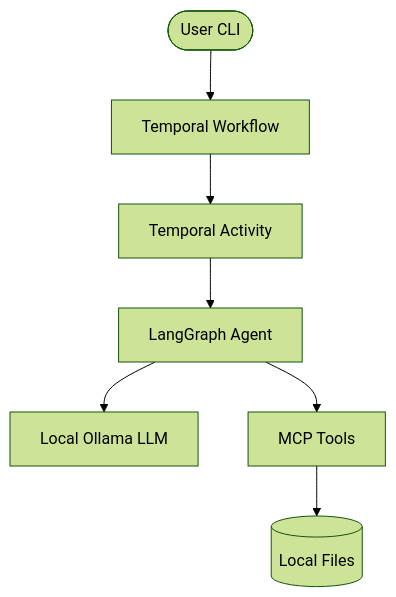
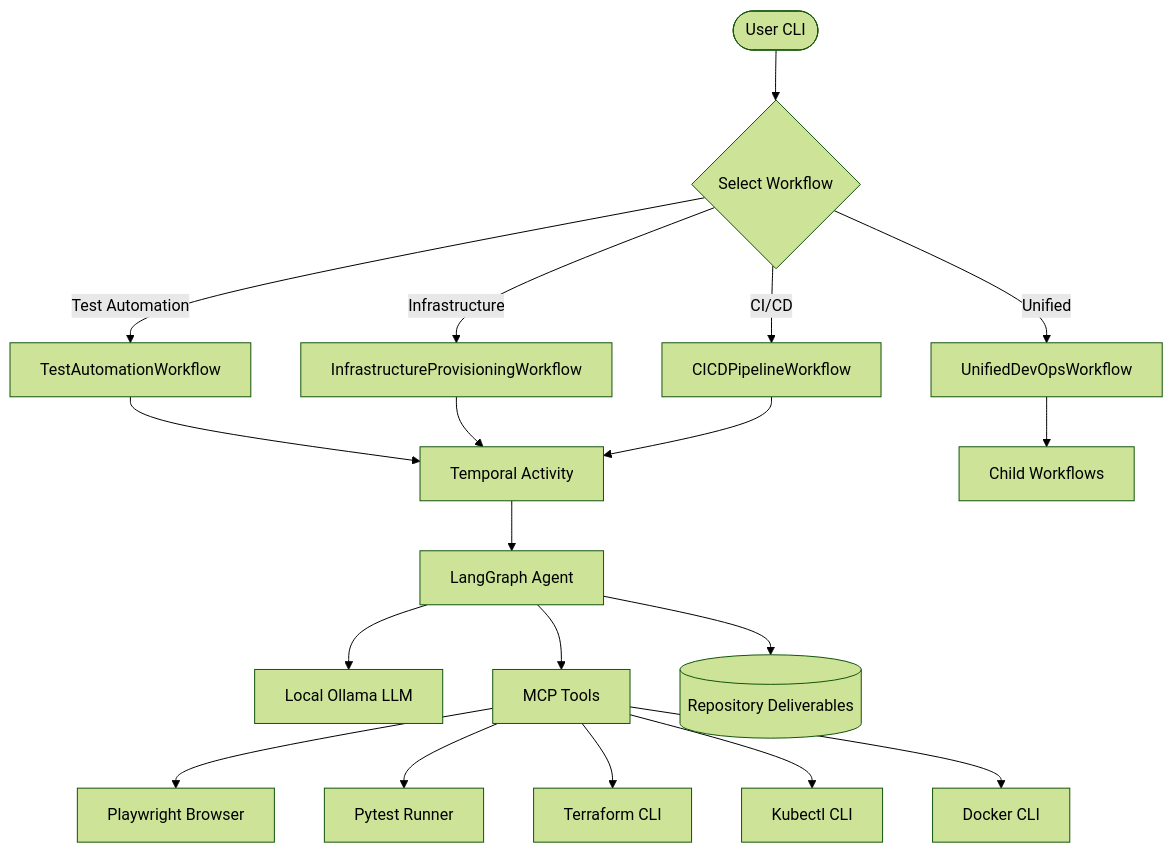
The diagram in ARCHITECTURE.md (revanthkumar96/rogue.ai-secops), drawn with Mermaid (forest theme) before and after one commit. The commit also changed other lines of this file and 58 other files, not shown here.

````diff
--- a/ARCHITECTURE.md
+++ b/ARCHITECTURE.md
@@ -32,9 +276,25 @@
 ```mermaid
 graph TD
-    User([User CLI]) --> Workflow[Temporal Workflow]
-    Workflow --> Activity[Temporal Activity]
+    User([User CLI]) --> WorkflowSelection{Select Workflow}
+    WorkflowSelection -->|Test Automation| TestWorkflow[TestAutomationWorkflow]
+    WorkflowSelection -->|Infrastructure| InfraWorkflow[InfrastructureProvisioningWorkflow]
+    WorkflowSelection -->|CI/CD| CICDWorkflow[CICDPipelineWorkflow]
+    WorkflowSelection -->|Unified| UnifiedWorkflow[UnifiedDevOpsWorkflow]
+
+    TestWorkflow --> Activity[Temporal Activity]
+    InfraWorkflow --> Activity
+    CICDWorkflow --> Activity
+    UnifiedWorkflow --> ChildWorkflow[Child Workflows]
+
     Activity --> Agent[LangGraph Agent]
     Agent --> Ollama[Local Ollama LLM]
-    Agent --> Tools[MCP Tools]
-    Tools --> Filesystem[(Local Files)]
+    Agent --> MCPTools[MCP Tools]
+
+    MCPTools --> Playwright[Playwright Browser]
+    MCPTools --> Pytest[Pytest Runner]
+    MCPTools --> Terraform[Terraform CLI]
+    MCPTools --> Kubectl[Kubectl CLI]
+    MCPTools --> Docker[Docker CLI]
+
+    Agent --> Deliverables[(Repository Deliverables)]
 ```
````
